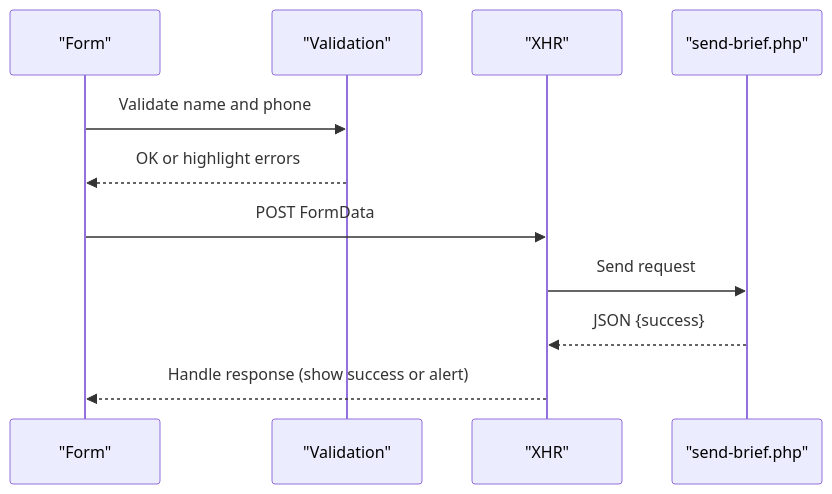
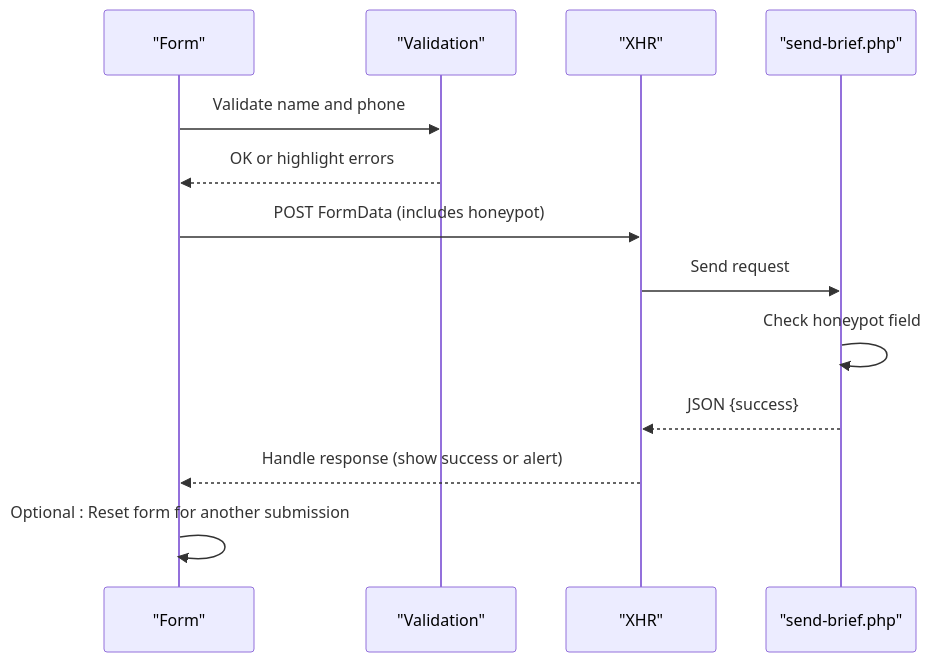
Before and after one commit to Vostrikov2014/emoo: the ninth of 10 diagrams in .qoder/repowiki/en/content/File Reference/index.html - Main Website Frontend.md, drawn with Mermaid. The commit also changed other lines of this file and 4 other files, not shown here.

````diff
--- a/.qoder/repowiki/en/content/File Reference/index.html - Main Website Frontend.md
+++ b/.qoder/repowiki/en/content/File Reference/index.html - Main Website Frontend.md
@@ -244,13 +258,15 @@
 ```mermaid
 sequenceDiagram
 participant F as "Form"
 participant V as "Validation"
 participant X as "XHR"
 participant PHP as "send-brief.php"
 F->>V : Validate name and phone
 V-->>F : OK or highlight errors
-F->>X : POST FormData
+F->>X : POST FormData (includes honeypot)
 X->>PHP : Send request
+PHP->>PHP : Check honeypot field
 PHP-->>X : JSON {success}
 X-->>F : Handle response (show success or alert)
+F->>F : Optional : Reset form for another submission
 ```
````
